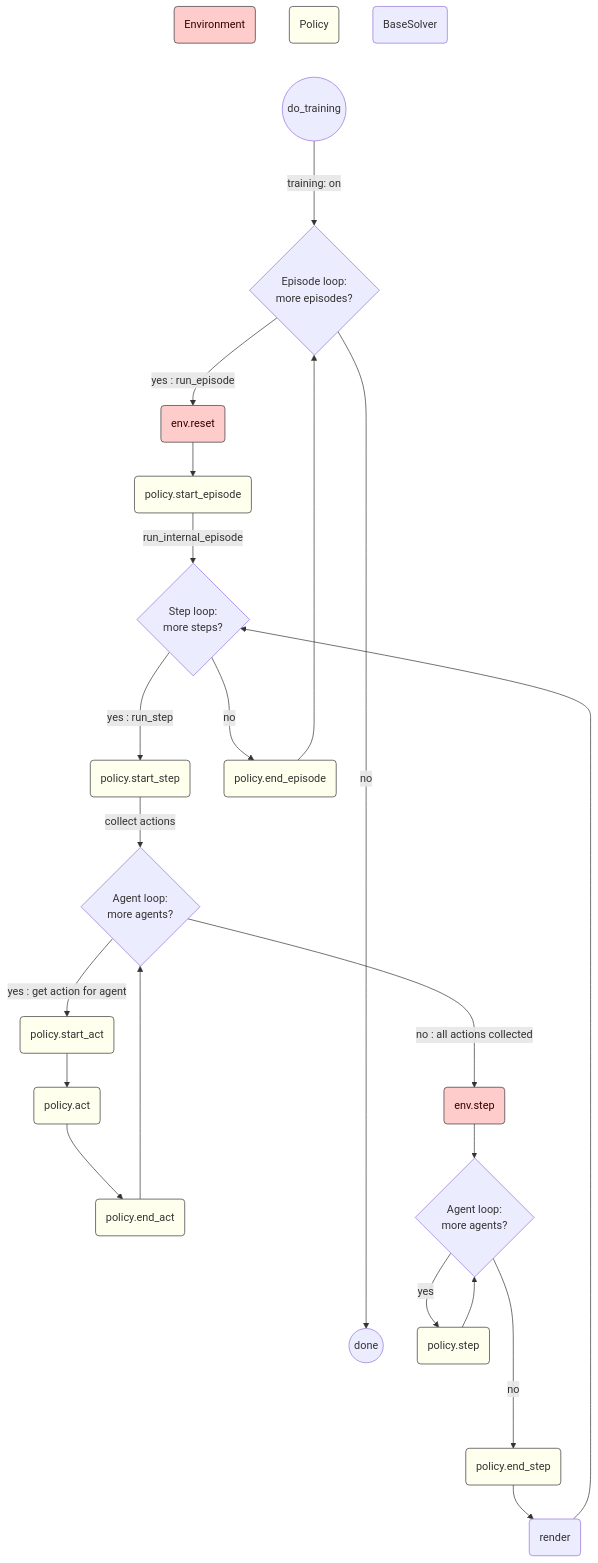
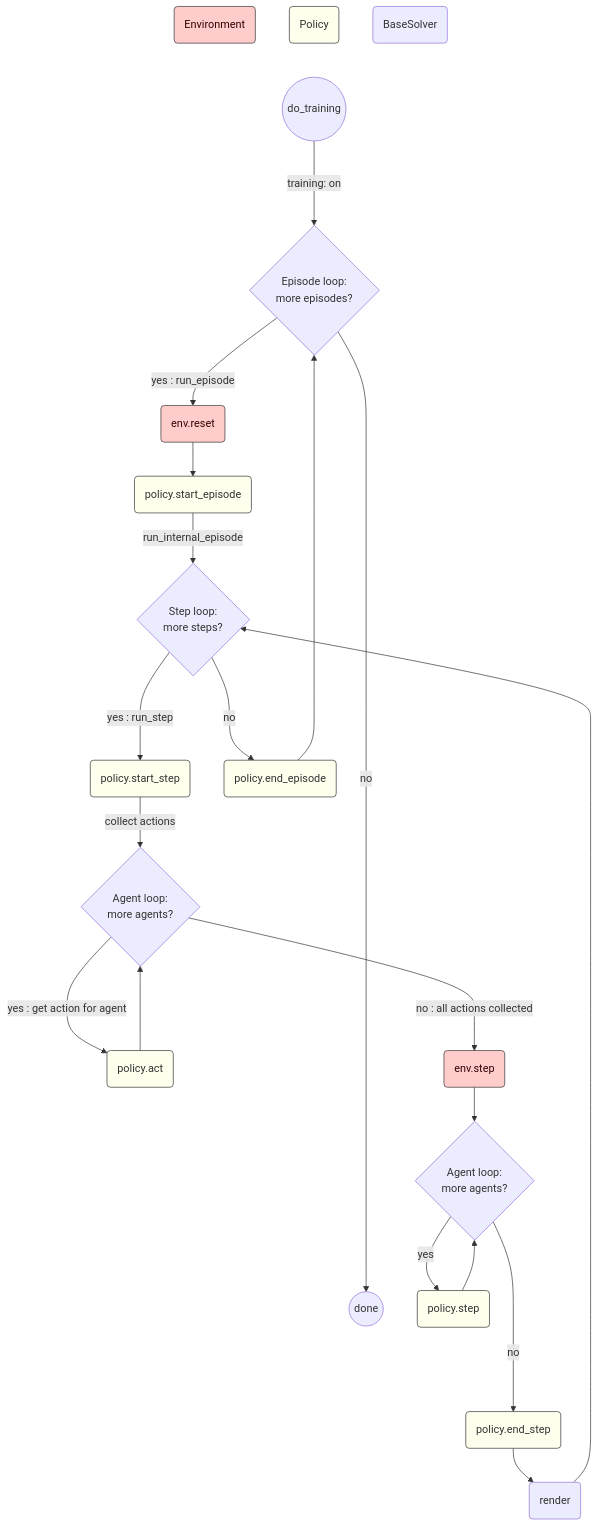
The third of 3 diagrams in README.md (aiAdrian/flatland_solver_policy), drawn with Mermaid before and after one commit. The commit also changed other lines of this file and 5 other files, not shown here.

````diff
--- a/README.md
+++ b/README.md
@@ -125,44 +123,40 @@
 ```mermaid
 flowchart TD
     Env(Environment)
     Policy(Policy)
     Solver(BaseSolver)
     Policy ~~~ Root
     Root((do_training))
     Root ---> |training: on| C{Episode loop:\n more episodes?}
     C ----------------> |no| End(( done ))
     C --> |yes : run_episode| D0(env.reset)
     D0 --> D2(policy.start_episode)
     D2 --> |run_internal_episode| E{Step loop:\n more steps?}
     F1 --> |collect actions| G{Agent loop:\n more agents?}
     E ---> |yes : run_step| F1(policy.start_step)
-    G -->  |yes : get action for agent| G1(policy.start_act)
-    G1 --> G2(policy.act)
-    G2 --> G3(policy.end_act)
-    G3 --> G
+    G --->  |yes : get action for agent| G1(policy.act)
+    G1 --> G
     G ---> |no : all actions collected|F2(env.step)
     F2 --> F21{Agent loop:\n more agents?}
     F21 --> |yes| F3(policy.step)
     F3 --> F21
     F21 ----> |no| F4(policy.end_step)
     F6 --> E 
     F4 --> F6(render)
 
     E ---> |no| D4(policy.end_episode)
     D4 --> C
 
     
     style D2 fill:#ffe,stroke:#333,stroke-width:1px 
     style F1 fill:#ffe,stroke:#333,stroke-width:1px 
     style D4 fill:#ffe,stroke:#333,stroke-width:1px
     style G1 fill:#ffe,stroke:#333,stroke-width:1px 
-    style G2 fill:#ffe,stroke:#333,stroke-width:1px 
-    style G3 fill:#ffe,stroke:#333,stroke-width:1px 
     style F3 fill:#ffe,stroke:#333,stroke-width:1px 
     style F4 fill:#ffe,stroke:#333,stroke-width:1px 
 
     style Policy fill:#ffe,stroke:#333,stroke-width:1px 
     style D0 fill:#fcc,stroke:#333,stroke-width:1px,color:#300
     style F2 fill:#fcc,stroke:#333,stroke-width:1px,color:#300
-    style Env fill:#fcc,stroke:#333,stroke-width:1px,color:#300        
+    style Env fill:#fcc,stroke:#333,stroke-width:1px,color:#300               
 ```
````
